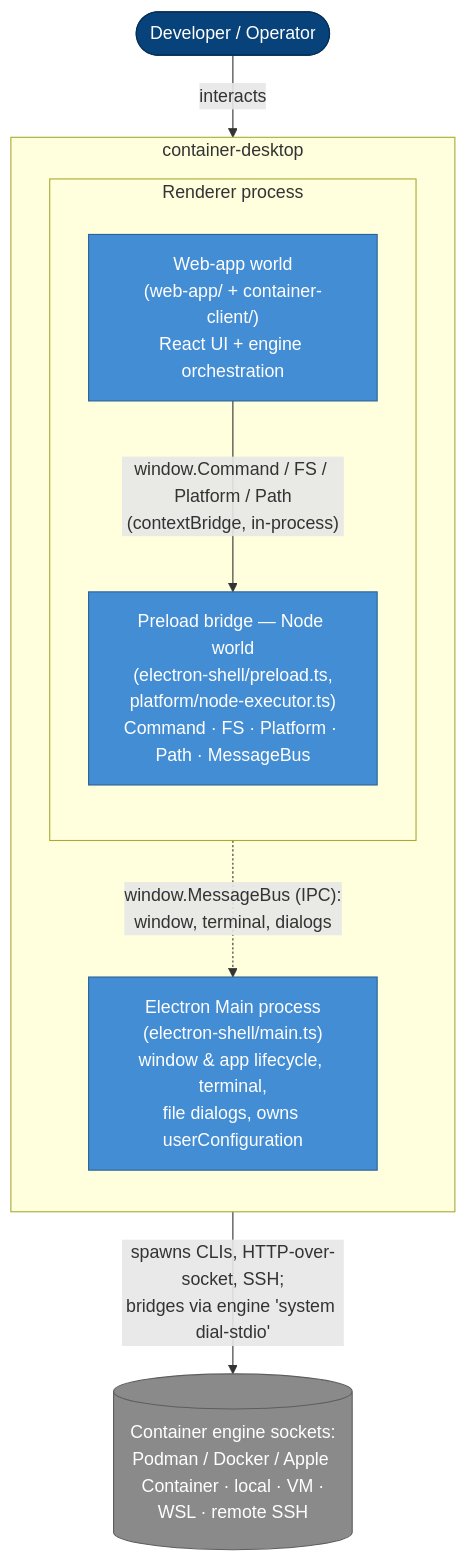
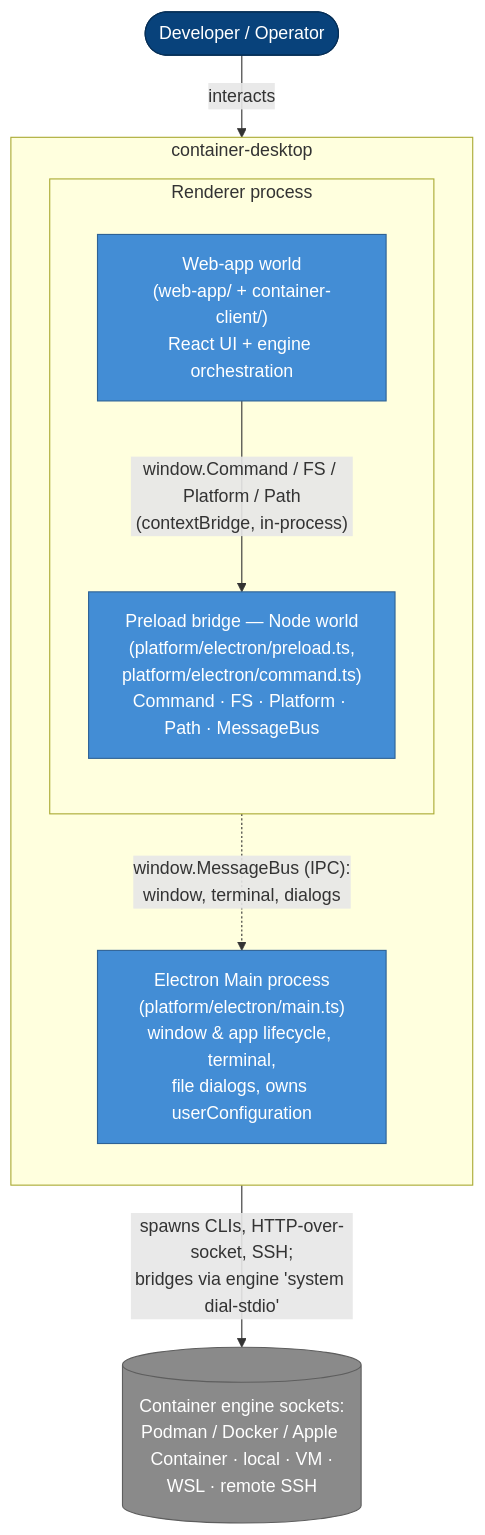
One commit to iongion/container-desktop changed the second of 2 diagrams in docs/architecture/overview.md. Above: the diagram before and after it, drawn with Mermaid. The commit also changed other lines of this file and 601 other files, not shown here.

````diff
--- a/docs/architecture/overview.md
+++ b/docs/architecture/overview.md
@@ -56,27 +56,27 @@
 ```mermaid
 flowchart TB
   dev([Developer / Operator]):::person
 
   subgraph app[container-desktop]
     direction TB
 
-    main["Electron Main process<br/>(electron-shell/main.ts)<br/>window &amp; app lifecycle, terminal,<br/>file dialogs, owns userConfiguration"]:::container
+    main["Electron Main process<br/>(platform/electron/main.ts)<br/>window &amp; app lifecycle, terminal,<br/>file dialogs, owns userConfiguration"]:::container
 
     subgraph rp[Renderer process]
       direction TB
       web["Web-app world<br/>(web-app/ + container-client/)<br/>React UI + engine orchestration"]:::container
-      preload["Preload bridge — Node world<br/>(electron-shell/preload.ts,<br/>platform/node-executor.ts)<br/>Command · FS · Platform · Path · MessageBus"]:::container
+      preload["Preload bridge — Node world<br/>(platform/electron/preload.ts,<br/>platform/electron/command.ts)<br/>Command · FS · Platform · Path · MessageBus"]:::container
     end
   end
 
   engines[(Container engine sockets:<br/>Podman / Docker / Apple Container · local · VM ·<br/>WSL · remote SSH)]:::external
 
   dev -->|interacts| web
   web -->|"window.Command / FS / Platform / Path<br/>(contextBridge, in-process)"| preload
   web -.->|"window.MessageBus (IPC):<br/>window, terminal, dialogs"| main
   preload -->|"spawns CLIs, HTTP-over-socket, SSH;<br/>bridges via engine 'system dial-stdio'"| engines
 
   classDef person fill:#08427b,color:#fff,stroke:#052e56;
   classDef container fill:#438dd5,color:#fff,stroke:#2e6295;
   classDef external fill:#8a8a8a,color:#fff,stroke:#5e5e5e;
 ```
````
